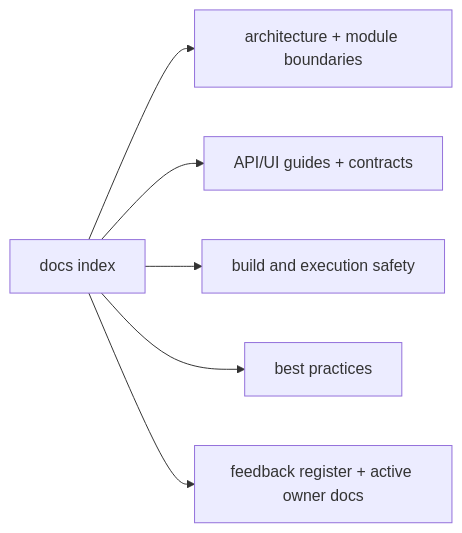
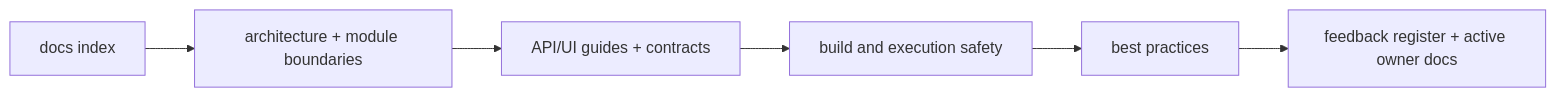
One commit to crististefanita/demo2 changed the diagram in docs/README.md. Above: the diagram before and after it, drawn with Mermaid. The commit also changed other lines of this file and 107 other files, not shown here.

````diff
--- a/docs/README.md
+++ b/docs/README.md
@@ -30,8 +30,8 @@
 ```mermaid
 flowchart LR
     Docs[docs index] --> Architecture[architecture + module boundaries]
-    Docs --> Guides[API/UI guides + contracts]
-    Docs --> Safety[build and execution safety]
-    Docs --> Practices[best practices]
-    Docs --> Feedback[feedback register + active owner docs]
+    Architecture --> Guides[API/UI guides + contracts]
+    Guides --> Safety[build and execution safety]
+    Safety --> Practices[best practices]
+    Practices --> Feedback[feedback register + active owner docs]
 ```
````
